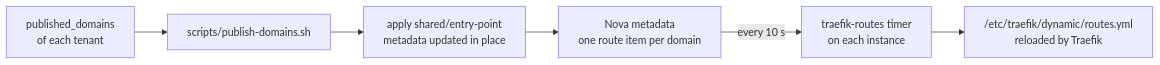
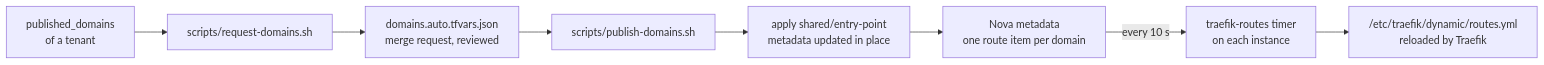
The diagram in docs/guides/publish-a-domain.md (CyprisTech/openstack-multitenant-reference), drawn with Mermaid before and after one commit. The commit also changed other lines of this file and 20 other files, not shown here.

First line of the commit message:
Entry point: the domains are a reviewed input (ADR-0016, D5)

````diff
--- a/docs/guides/publish-a-domain.md
+++ b/docs/guides/publish-a-domain.md
@@ -14,8 +21,10 @@
    ```mermaid
    flowchart LR
-       O["published_domains<br/>of each tenant"] --> S["scripts/publish-domains.sh"]
+       O["published_domains<br/>of a tenant"] --> Q["scripts/request-domains.sh"]
+       Q --> F["domains.auto.tfvars.json<br/>merge request, reviewed"]
+       F --> S["scripts/publish-domains.sh"]
        S --> TF["apply shared/entry-point<br/>metadata updated in place"]
        TF --> M["Nova metadata<br/>one route item per domain"]
        M -->|"every 10 s"| R["traefik-routes timer<br/>on each instance"]
        R --> D["/etc/traefik/dynamic/routes.yml<br/>reloaded by Traefik"]
    ```
````
